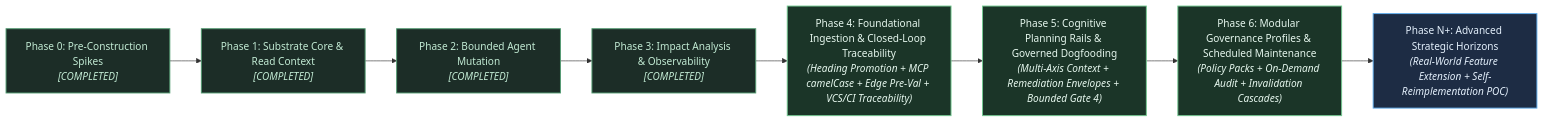
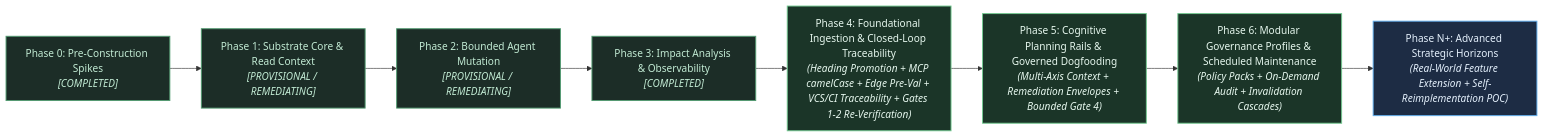
Before and after one commit to Shapedsundew9/tks: the first of 3 diagrams in docs/vision/strategic-planning-backlog.md, drawn with Mermaid. The commit also changed other lines of this file and 2 other files, not shown here.

````diff
--- a/docs/vision/strategic-planning-backlog.md
+++ b/docs/vision/strategic-planning-backlog.md
@@ -54,47 +54,47 @@
 ```mermaid
 %%{init: {
   'theme': 'base',
   'themeVariables': {
     'darkMode': true,
     'background': '#161922',
     'mainBkg': '#1e2230',
     'nodeBorder': '#434c5e',
     'textColor': '#e2e8f0',
     'fontFamily': 'ui-sans-serif, system-ui, -apple-system, BlinkMacSystemFont, "Segoe UI", Roboto, "Helvetica Neue", Arial, sans-serif',
     'fontSize': '14px',
     'lineColor': '#8892b0',
     'primaryColor': '#422026',
     'primaryTextColor': '#fde8ec',
     'primaryBorderColor': '#e06c75',
     'secondaryColor': '#1b3528',
     'secondaryTextColor': '#e6f7ee',
     'secondaryBorderColor': '#73c991',
     'tertiaryColor': '#1d2c44',
     'tertiaryTextColor': '#e4f0fc',
     'tertiaryBorderColor': '#61afef',
     'clusterBkg': '#13161f',
     'clusterBorder': '#373e51',
     'noteBkgColor': '#2e271a',
     'noteTextColor': '#fdf4db',
     'noteBorderColor': '#e5c07b',
     'edgeLabelBackground': '#1a1d27'
   }
 }}%%
 flowchart LR
     classDef primary fill:#422026,stroke:#e06c75,stroke-width:1.5px,color:#fde8ec;
     classDef secondary fill:#1b3528,stroke:#73c991,stroke-width:1.5px,color:#e6f7ee;
     classDef tertiary fill:#1d2c44,stroke:#61afef,stroke-width:1.5px,color:#e4f0fc;
     classDef completed fill:#1c2d27,stroke:#529b71,stroke-width:1.5px,color:#c2ebd4;
 
     P0["Phase 0: Pre-Construction Spikes<br/><i>[COMPLETED]</i>"]:::completed
-    P1["Phase 1: Substrate Core & Read Context<br/><i>[COMPLETED]</i>"]:::completed
-    P2["Phase 2: Bounded Agent Mutation<br/><i>[COMPLETED]</i>"]:::completed
+    P1["Phase 1: Substrate Core & Read Context<br/><i>[PROVISIONAL / REMEDIATING]</i>"]:::completed
+    P2["Phase 2: Bounded Agent Mutation<br/><i>[PROVISIONAL / REMEDIATING]</i>"]:::completed
     P3["Phase 3: Impact Analysis & Observability<br/><i>[COMPLETED]</i>"]:::completed
 
-    P4["Phase 4: Foundational Ingestion & Closed-Loop Traceability<br/><i>(Heading Promotion + MCP camelCase + Edge Pre-Val + VCS/CI Traceability)</i>"]:::secondary
+    P4["Phase 4: Foundational Ingestion & Closed-Loop Traceability<br/><i>(Heading Promotion + MCP camelCase + Edge Pre-Val + VCS/CI Traceability + Gates 1-2 Re-Verification)</i>"]:::secondary
     P5["Phase 5: Cognitive Planning Rails & Governed Dogfooding<br/><i>(Multi-Axis Context + Remediation Envelopes + Bounded Gate 4)</i>"]:::secondary
     P6["Phase 6: Modular Governance Profiles & Scheduled Maintenance<br/><i>(Policy Packs + On-Demand Audit + Invalidation Cascades)</i>"]:::secondary
     PN["Phase N+: Advanced Strategic Horizons<br/><i>(Real-World Feature Extension + Self-Reimplementation POC)</i>"]:::tertiary
 
     P0 --> P1 --> P2 --> P3 --> P4 --> P5 --> P6 --> PN
 ```
````
